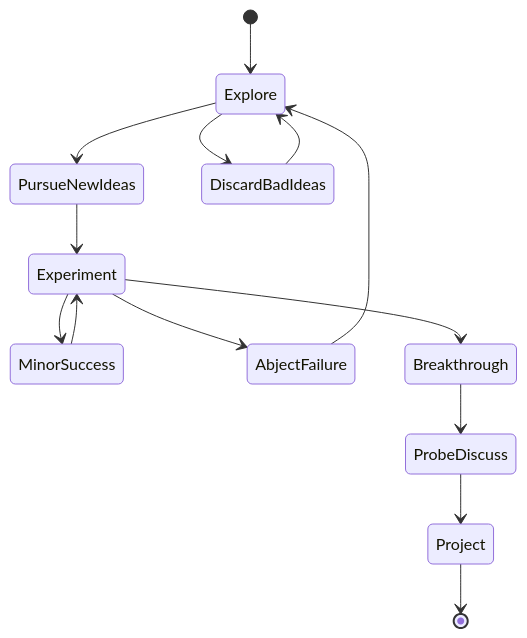
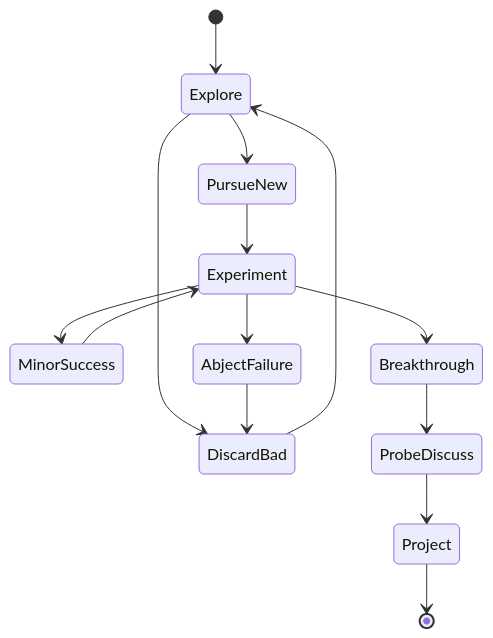
One commit to feloundou/personal-page changed the first of 2 diagrams in content/post/my-first-post.md. Above: the diagram before and after it, drawn with Mermaid.

````diff
--- a/content/post/my-first-post.md
+++ b/content/post/my-first-post.md
@@ -12,18 +12,18 @@
 ```mermaid
 stateDiagram
 [*] --> Explore
-Explore --> PursueNewIdeas
-Explore --> DiscardBadIdeas
-DiscardBadIdeas --> Explore
-PursueNewIdeas --> Experiment
+Explore --> PursueNew
+Explore --> DiscardBad
+DiscardBad --> Explore
+PursueNew --> Experiment
 Experiment --> MinorSuccess
 Experiment --> AbjectFailure
 Experiment --> Breakthrough
-AbjectFailure --> Explore
+AbjectFailure --> DiscardBad
 MinorSuccess --> Experiment
 Breakthrough --> ProbeDiscuss
 ProbeDiscuss --> Project
 Project --> [*]
 
 
 ```
````
